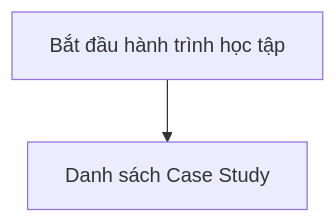
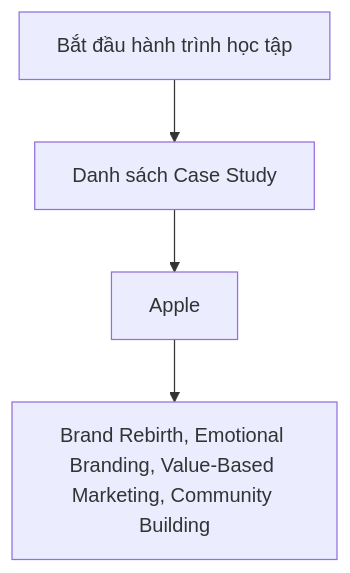
Before and after one commit to quy2003/daily-marketing-cases: the diagram in README.md, drawn with Mermaid. The commit also changed other lines of this file and 3 other files, not shown here.

Commit message:
feat: generate first case study (Apple 1997)

````diff
--- a/README.md
+++ b/README.md
@@ -25,5 +25,6 @@
 ```mermaid
 graph TD
-    %% Mạng lưới liên kết các case study sẽ tự động sinh ở đây %%
     Start[Bắt đầu hành trình học tập] --> DailyCases[Danh sách Case Study]
+    DailyCases --> Apple["Apple"]
+    Apple --> BrandRebirthEmotionalBrandingValueBasedMarketingCommunityBuilding["Brand Rebirth, Emotional Branding, Value-Based Marketing, Community Building"]
 ```
````
